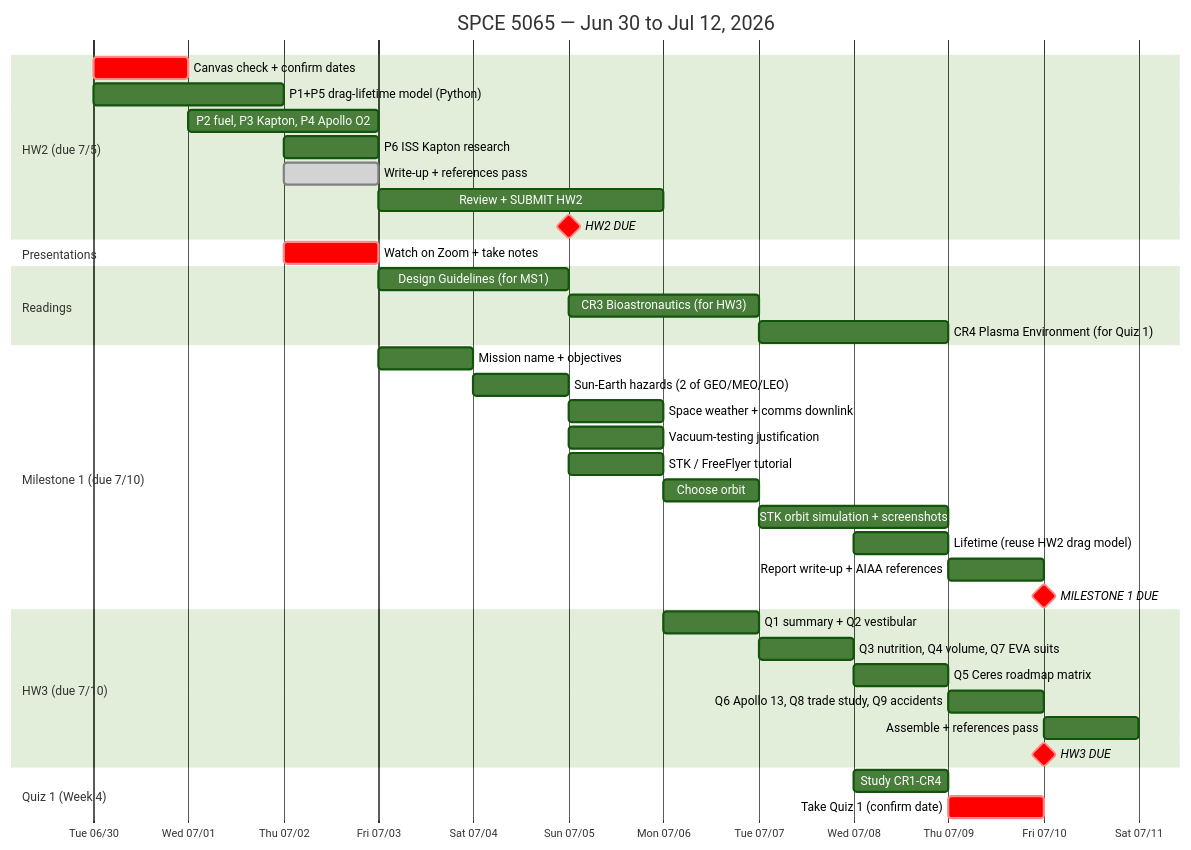
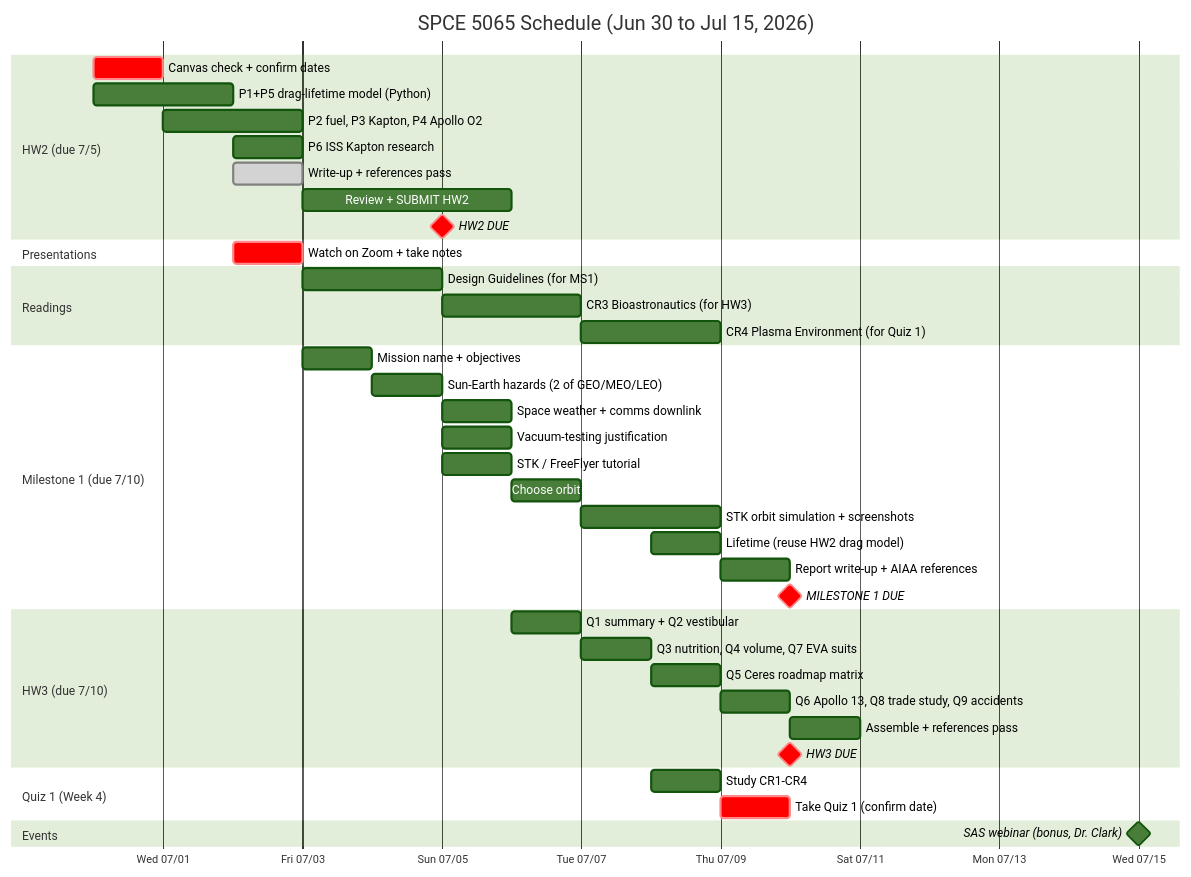
One commit to majikthise911/spce5065 changed the diagram in SCHEDULE.md. Above: the diagram before and after it, drawn with Mermaid (forest theme). The commit also changed other lines of this file, not shown here.

First line of the commit message:
SCHEDULE: confirm HW2 due 7/5, add 7/15 SAS bonus webinar

````diff
--- a/SCHEDULE.md
+++ b/SCHEDULE.md
@@ -31,47 +32,50 @@
 ```mermaid
 gantt
-    title SPCE 5065 — Jun 30 to Jul 12, 2026
+    title SPCE 5065 Schedule (Jun 30 to Jul 15, 2026)
     dateFormat YYYY-MM-DD
     axisFormat %a %m/%d
 
     section HW2 (due 7/5)
     Canvas check + confirm dates         :crit, 2026-06-30, 1d
     P1+P5 drag-lifetime model (Python)   :2026-06-30, 2d
     P2 fuel, P3 Kapton, P4 Apollo O2     :2026-07-01, 2d
     P6 ISS Kapton research               :2026-07-02, 1d
     Write-up + references pass           :done, 2026-07-02, 1d
     Review + SUBMIT HW2                   :2026-07-03, 3d
     HW2 DUE                              :milestone, crit, 2026-07-05, 0d
 
     section Presentations
     Watch on Zoom + take notes           :crit, 2026-07-02, 1d
 
     section Readings
     Design Guidelines (for MS1)          :2026-07-03, 2d
     CR3 Bioastronautics (for HW3)        :2026-07-05, 2d
     CR4 Plasma Environment (for Quiz 1)  :2026-07-07, 2d
 
     section Milestone 1 (due 7/10)
     Mission name + objectives            :2026-07-03, 1d
     Sun-Earth hazards (2 of GEO/MEO/LEO) :2026-07-04, 1d
     Space weather + comms downlink       :2026-07-05, 1d
     Vacuum-testing justification         :2026-07-05, 1d
     STK / FreeFlyer tutorial             :2026-07-05, 1d
     Choose orbit                         :2026-07-06, 1d
     STK orbit simulation + screenshots   :2026-07-07, 2d
     Lifetime (reuse HW2 drag model)      :2026-07-08, 1d
     Report write-up + AIAA references    :2026-07-09, 1d
     MILESTONE 1 DUE                      :milestone, crit, 2026-07-10, 0d
 
     section HW3 (due 7/10)
     Q1 summary + Q2 vestibular           :2026-07-06, 1d
     Q3 nutrition, Q4 volume, Q7 EVA suits :2026-07-07, 1d
     Q5 Ceres roadmap matrix              :2026-07-08, 1d
     Q6 Apollo 13, Q8 trade study, Q9 accidents :2026-07-09, 1d
     Assemble + references pass           :2026-07-10, 1d
     HW3 DUE                              :milestone, crit, 2026-07-10, 0d
 
     section Quiz 1 (Week 4)
     Study CR1-CR4                         :2026-07-08, 1d
     Take Quiz 1 (confirm date)           :crit, 2026-07-09, 1d
+
+    section Events
+    SAS webinar (bonus, Dr. Clark)       :milestone, 2026-07-15, 0d
 ```
````
